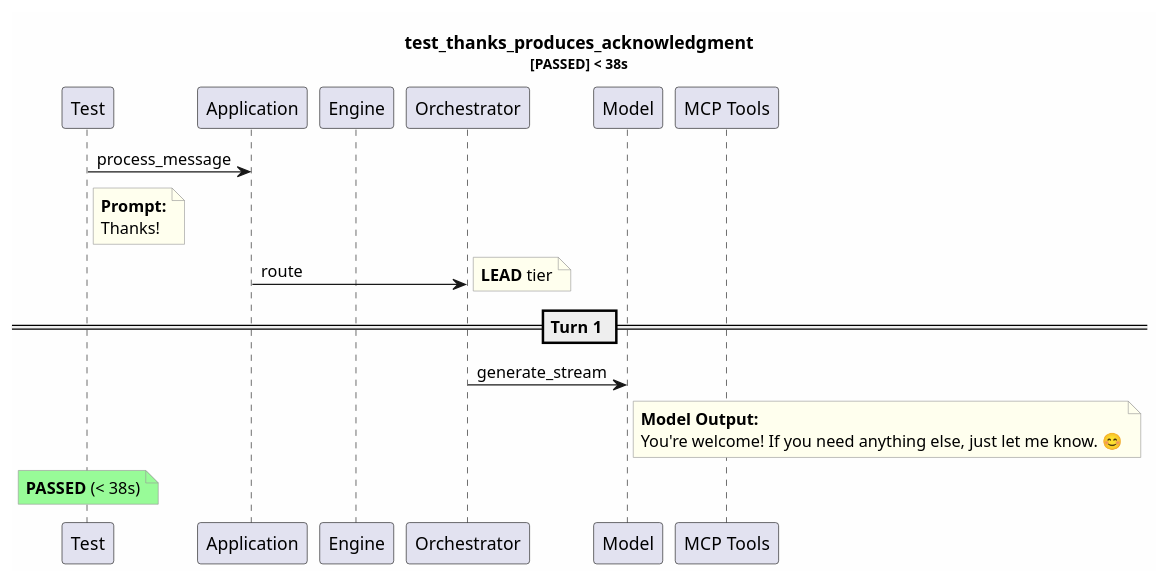
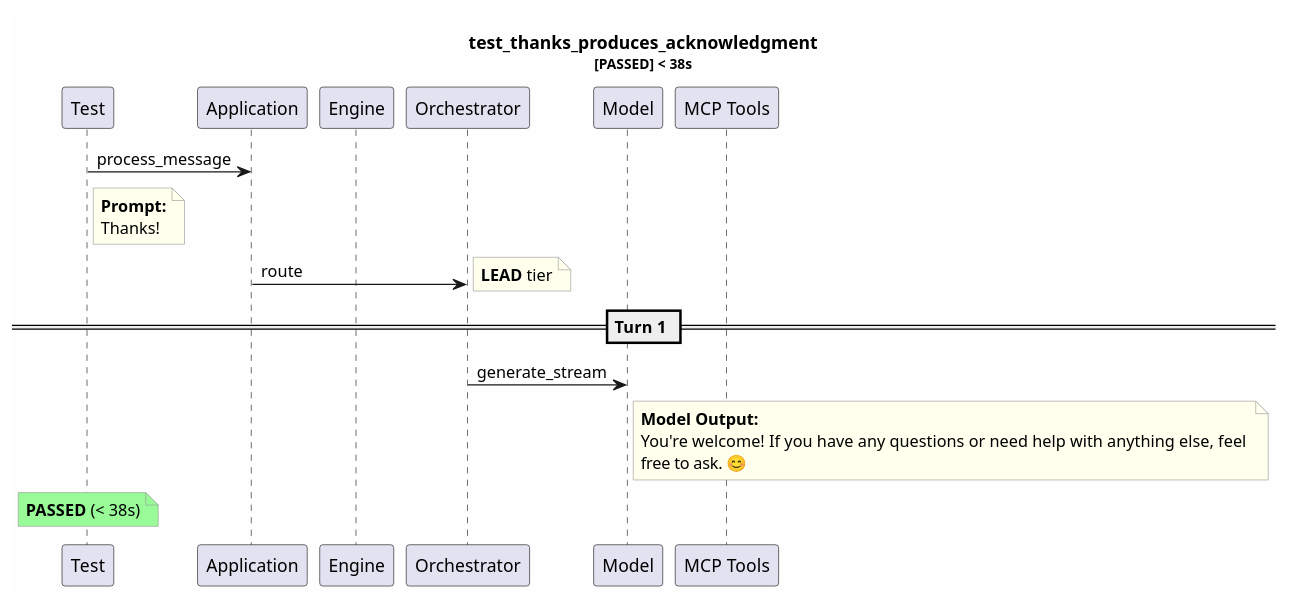
Before and after one commit to tvanfossen/entropic: the diagram in test-reports/logs/test_thanks_produces_acknowledgment/test_thanks_produces_acknowledgment.puml, drawn with PlantUML. The commit also changed 12 other files, not shown here.

```diff
--- a/test-reports/logs/test_thanks_produces_acknowledgment/test_thanks_produces_acknowledgment.puml
+++ b/test-reports/logs/test_thanks_produces_acknowledgment/test_thanks_produces_acknowledgment.puml
@@ -1,31 +1,32 @@
 @startuml
 skinparam backgroundColor #FEFEFE
 skinparam noteBorderColor #999999
 skinparam noteBackgroundColor #FFFFEE
 title test_thanks_produces_acknowledgment\n<size:11>[PASSED] < 38s</size>
 
 participant "Test" as T
 participant "Application" as App
 participant "Engine" as Eng
 participant "Orchestrator" as Orch
 participant "Model" as Mdl
 participant "MCP Tools" as MCP
 
 T -> App: process_message
 note right of T
   **Prompt:**
   Thanks!
 end note
 App -> Orch: route
 note right: **LEAD** tier
 == Turn 1 ==
 Orch -> Mdl: generate_stream
 note right of Mdl
   **Model Output:**
-  You're welcome! If you need anything else, just let me know. 😊
+  You're welcome! If you have any questions or need help with anything else, feel 
+  free to ask. 😊
 end note
 note over T #palegreen
   **PASSED** (< 38s)
 end note
 
 @enduml
```
